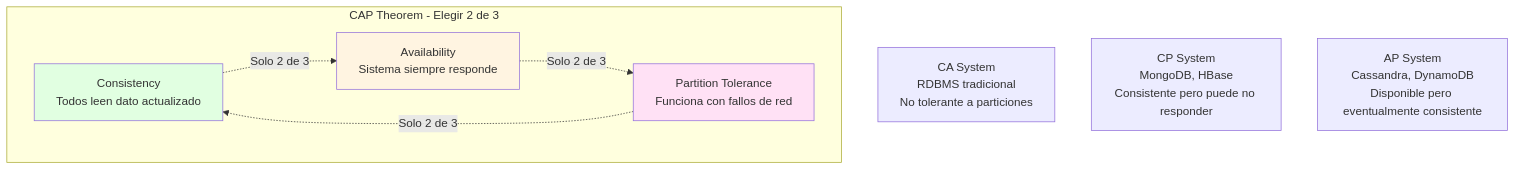
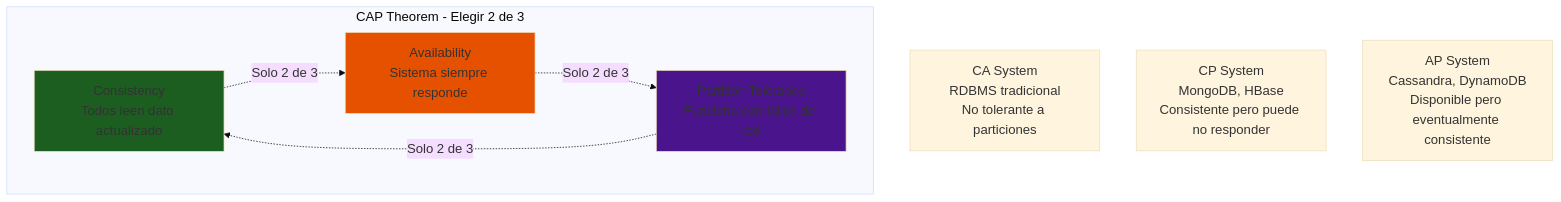
One commit to Ai-Whisperers/Courses-Content changed diagram 12 of 20 in courses/🟡-development/FPUNA-2026/01-DESARROLLO-SOFTWARE/05-diseno-sistemas.md. Above: the diagram before and after it, drawn with Mermaid. The commit also changed other lines of this file and 47 other files, not shown here.

First line of the commit message:
fix: Make all 473 diagrams WCAG AAA accessible (FPUNA-2026)

````diff
--- a/courses/🟡-development/FPUNA-2026/01-DESARROLLO-SOFTWARE/05-diseno-sistemas.md
+++ b/courses/🟡-development/FPUNA-2026/01-DESARROLLO-SOFTWARE/05-diseno-sistemas.md
@@ -507,20 +518,21 @@
 ```mermaid
+%%{init: {'theme':'base', 'themeVariables': {'fontSize':'18px'}}}%%
 graph TD
     subgraph "CAP Theorem - Elegir 2 de 3"
         C[Consistency<br/>Todos leen dato actualizado]
         A[Availability<br/>Sistema siempre responde]
         P[Partition Tolerance<br/>Funciona con fallos de red]
         
         C -.Solo 2 de 3.-> A
         A -.Solo 2 de 3.-> P
         P -.Solo 2 de 3.-> C
     end
     
     CA[CA System<br/>RDBMS tradicional<br/>No tolerante a particiones]
     CP[CP System<br/>MongoDB, HBase<br/>Consistente pero puede no responder]
     AP[AP System<br/>Cassandra, DynamoDB<br/>Disponible pero eventualmente consistente]
     
-    style C fill:#E1FFE1
-    style A fill:#FFF4E1
-    style P fill:#FFE1F5
+    style C fill:#1b5e20
+    style A fill:#e65100
+    style P fill:#4a148c
 ```
````
